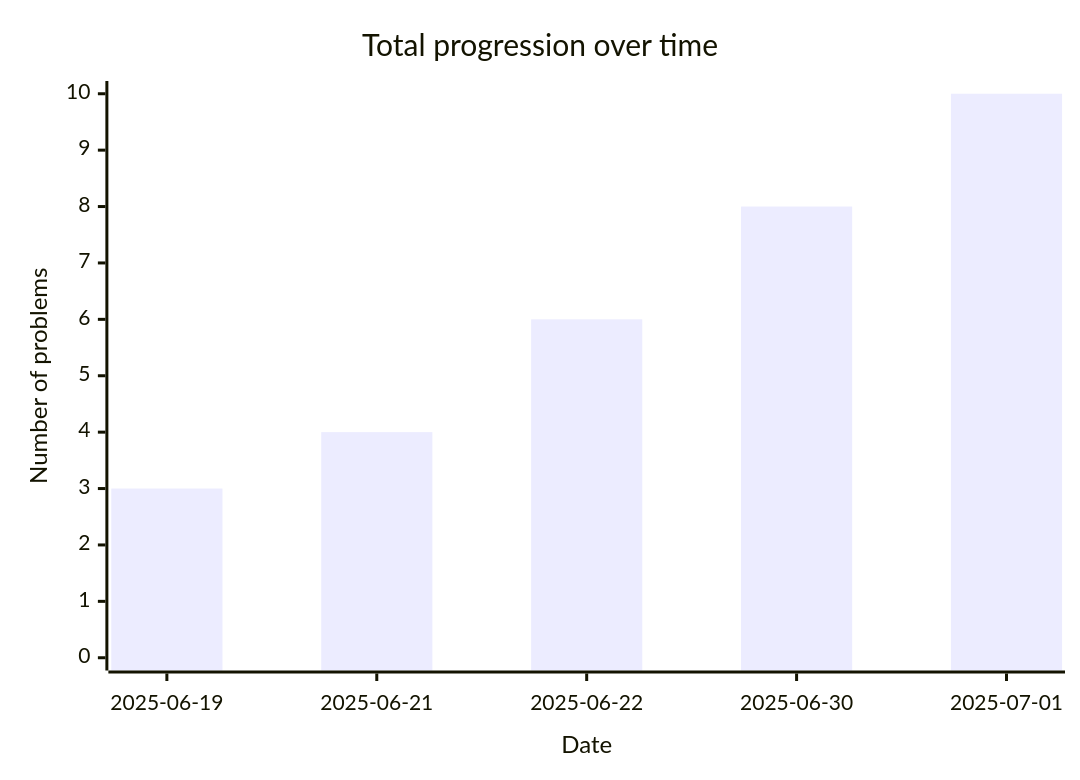
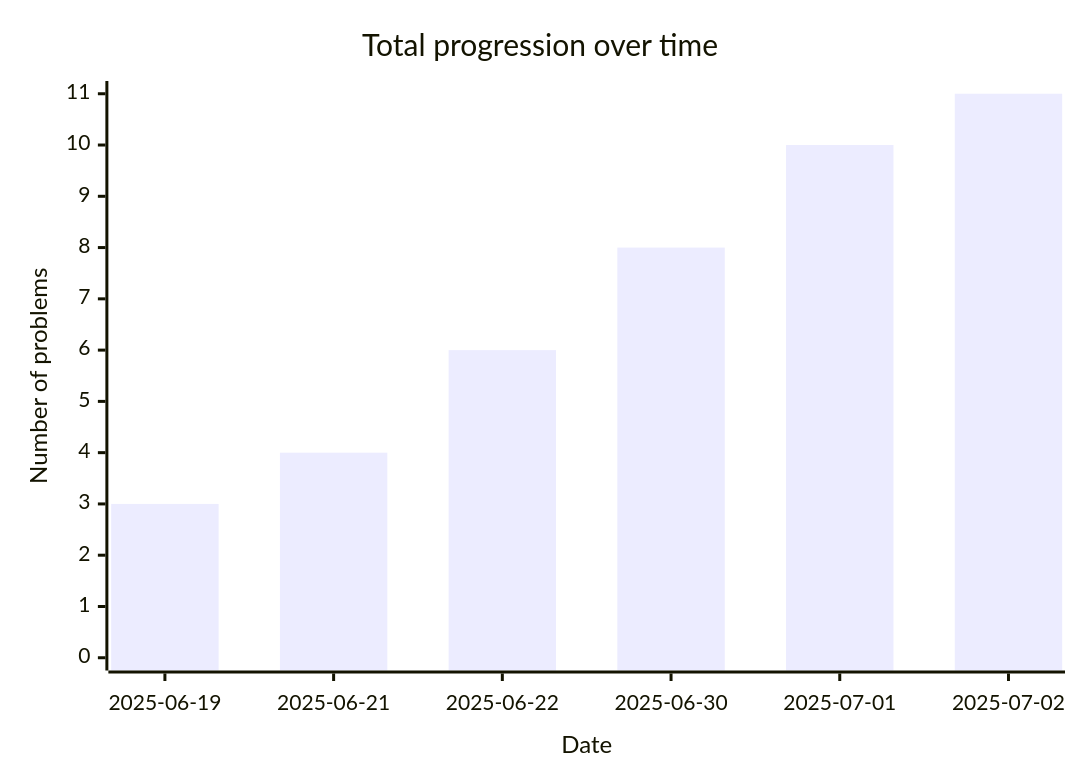
The diagram in README.md (Hugo-Hbrt/leetcode-diary), drawn with Mermaid before and after one commit. The commit also changed other lines of this file, not shown here.

````diff
--- a/README.md
+++ b/README.md
@@ -14,10 +14,10 @@
 ```mermaid
 ---
 config:
 ---
 xychart-beta
     title "Total progression over time"
-    x-axis Date[2025-06-19, 2025-06-21, 2025-06-22, 2025-06-30, 2025-07-01]
-    y-axis "Number of problems" 0 --> 10
-    bar[3, 4, 6, 8, 10]
+    x-axis Date[2025-06-19, 2025-06-21, 2025-06-22, 2025-06-30, 2025-07-01, 2025-07-02]
+    y-axis "Number of problems" 0 --> 11
+    bar[3, 4, 6, 8, 10, 11]
 ```
````
